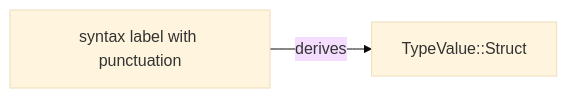
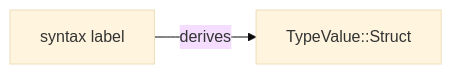
The fifth of 13 diagrams in skills/mermaid.md (LiGoldragon/primary), drawn with Mermaid (base theme) before and after one commit. The commit also changed other lines of this file and 64 other files, not shown here.

````diff
--- a/skills/mermaid.md
+++ b/skills/mermaid.md
@@ -300,6 +159,6 @@
 ```mermaid
 flowchart LR
-    entry["syntax label with punctuation"]
+    entry["syntax label"]
     lowered["TypeValue::Struct"]
     entry -->|derives| lowered
 ```
````
